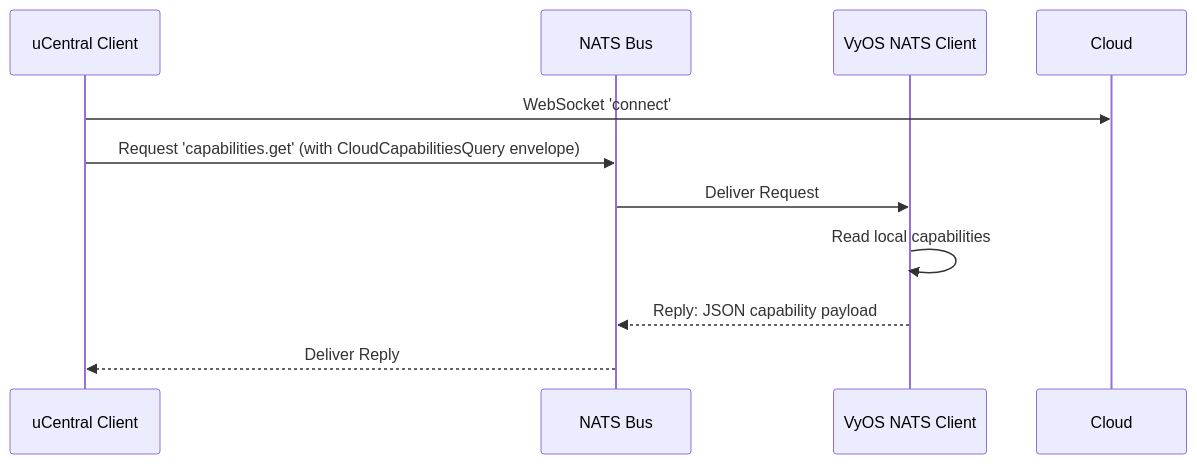
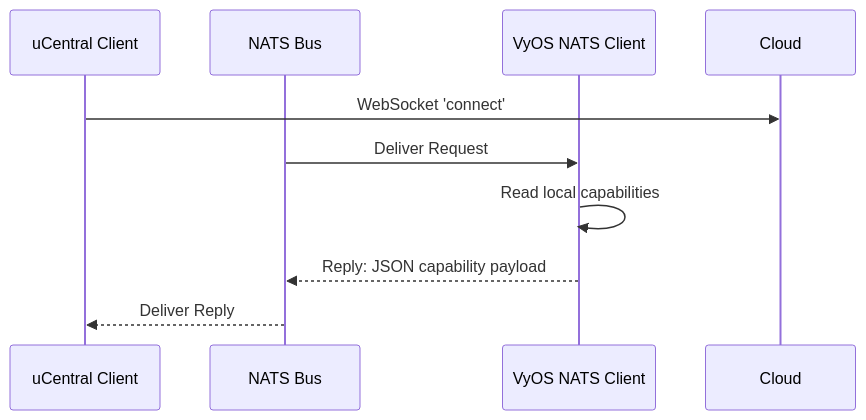
The second of 5 diagrams in HIGH_LEVEL_DESIGN.md (vimauryaxx/TIP-olg-ucentral-client), drawn with Mermaid before and after one commit. The commit also changed 4 other files, not shown here.

````diff
--- a/HIGH_LEVEL_DESIGN.md
+++ b/HIGH_LEVEL_DESIGN.md
@@ -146,13 +146,12 @@
 ```mermaid
 sequenceDiagram
     participant GoClient as uCentral Client
     participant NATS as NATS Bus
     participant VyOS as VyOS NATS Client
 
     GoClient->>Cloud: WebSocket 'connect'
-    GoClient->>NATS: Request 'capabilities.get' (with CloudCapabilitiesQuery envelope)
     NATS->>VyOS: Deliver Request
     VyOS->>VyOS: Read local capabilities
     VyOS-->>NATS: Reply: JSON capability payload
     NATS-->>GoClient: Deliver Reply
 ```
````
